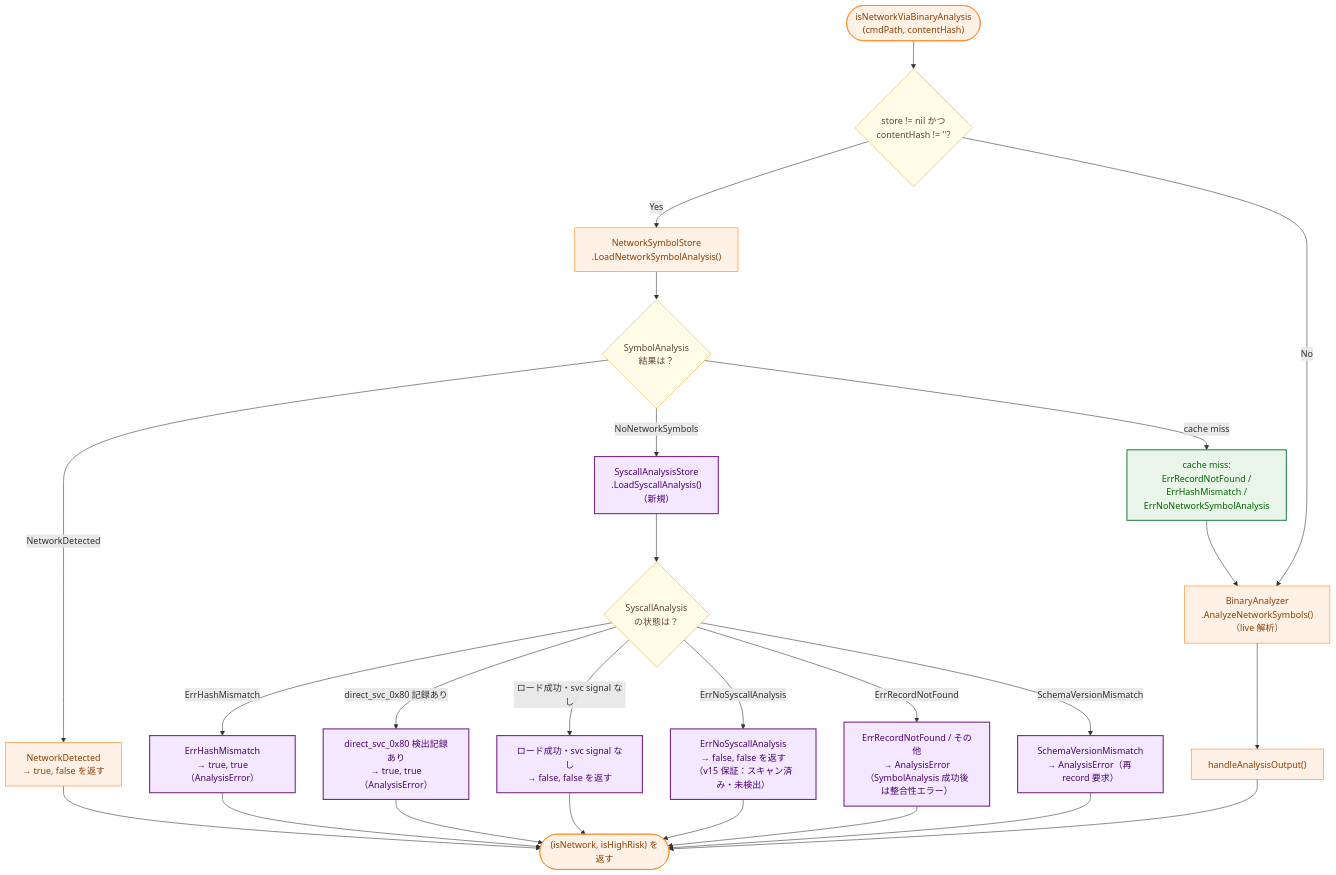
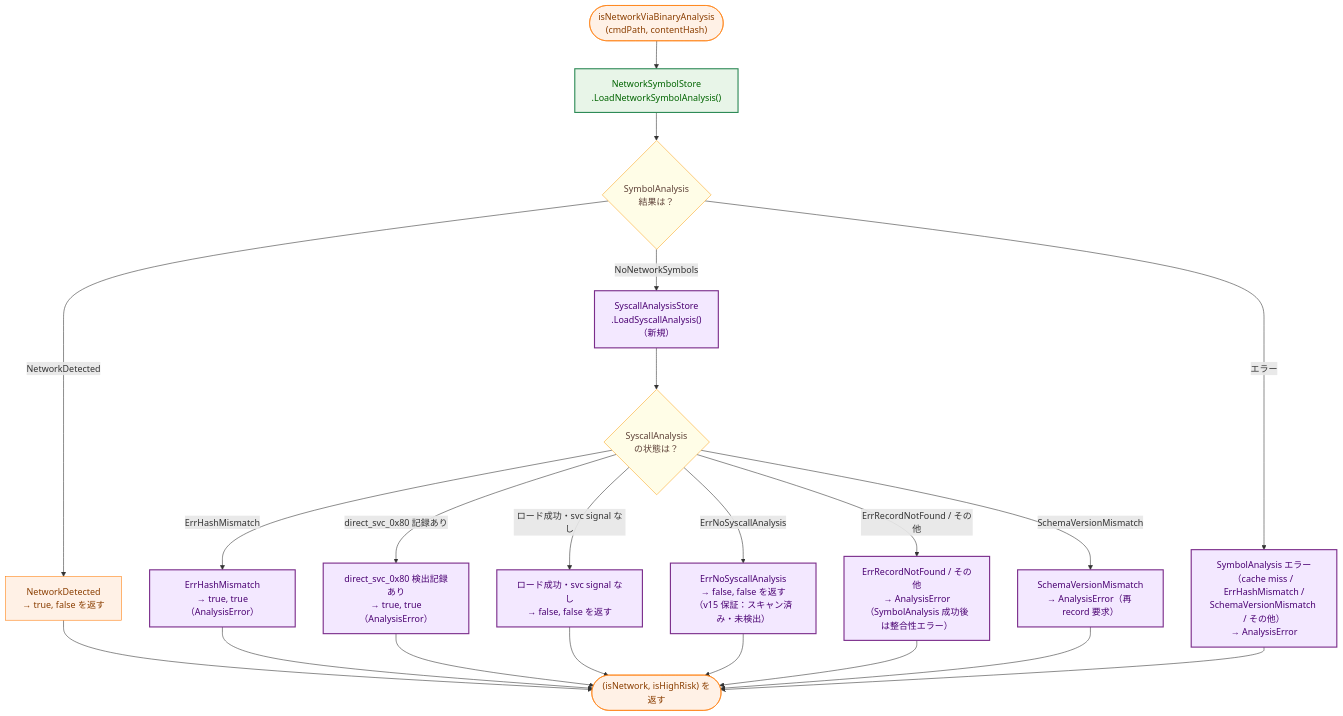
One commit to isseis/go-safe-cmd-runner changed the sixth of 8 diagrams in docs/tasks/0097_macho_arm64_syscall_analysis/02_architecture.md. Above: the diagram before and after it, drawn with Mermaid. The commit also changed other lines of this file and 3 other files, not shown here.

First line of the commit message:
docs(0097): Require complete removal of live analysis code from isNetworkViaBinaryAnalysis

````diff
--- a/docs/tasks/0097_macho_arm64_syscall_analysis/02_architecture.md
+++ b/docs/tasks/0097_macho_arm64_syscall_analysis/02_architecture.md
@@ -279,58 +276,50 @@
 ```mermaid
 flowchart TD
     classDef data fill:#e6f7ff,stroke:#1f77b4,stroke-width:1px,color:#0b3d91;
     classDef process fill:#fff1e6,stroke:#ff7f0e,stroke-width:1px,color:#8a3e00;
     classDef enhanced fill:#e8f5e8,stroke:#2e8b57,stroke-width:2px,color:#006400;
     classDef new fill:#f3e8ff,stroke:#7b2d8b,stroke-width:2px,color:#4a0072;
     classDef decision fill:#fffde7,stroke:#f9a825,stroke-width:1px,color:#5d4037;
 
     START(["isNetworkViaBinaryAnalysis<br/>(cmdPath, contentHash)"])
-    CHECK_STORE{"store != nil かつ<br>contentHash != ''?"}
     LOAD_SYM["NetworkSymbolStore<br>.LoadNetworkSymbolAnalysis()"]
     CHECK_SYM{"SymbolAnalysis<br>結果は？"}
     SYM_NET["NetworkDetected<br>→ true, false を返す"]
     LOAD_SVC["SyscallAnalysisStore<br>.LoadSyscallAnalysis()<br>（新規）"]
     CHECK_SVC_RESULT{"SyscallAnalysis<br>の状態は？"}
     SVC_HASH_ERR["ErrHashMismatch<br>→ true, true（AnalysisError）"]
     SVC_HIT["direct_svc_0x80 検出記録あり<br>→ true, true（AnalysisError）"]
     SVC_SAFE["ロード成功・svc signal なし<br>→ false, false を返す"]
     SVC_ERR["ErrNoSyscallAnalysis<br>→ false, false を返す<br>（v15 保証：スキャン済み・未検出）"]
     SVC_NOT_FOUND["ErrRecordNotFound / その他<br>→ AnalysisError<br>（SymbolAnalysis 成功後は整合性エラー）"]
     SVC_SCHEMA["SchemaVersionMismatch<br>→ AnalysisError（再 record 要求）"]
-    SYM_FALLBACK["cache miss:<br>ErrRecordNotFound /<br>ErrHashMismatch /<br>ErrNoNetworkSymbolAnalysis"]
-    FALLBACK["BinaryAnalyzer<br>.AnalyzeNetworkSymbols()<br>（live 解析）"]
-    HANDLE["handleAnalysisOutput()"]
+    SYM_ERR["SymbolAnalysis エラー<br>（cache miss / ErrHashMismatch /<br>SchemaVersionMismatch / その他）<br>→ AnalysisError"]
     RETURN(["(isNetwork, isHighRisk) を返す"])
 
-    START --> CHECK_STORE
-    CHECK_STORE -->|"Yes"| LOAD_SYM
-    CHECK_STORE -->|"No"| FALLBACK
+    START --> LOAD_SYM
     LOAD_SYM --> CHECK_SYM
     CHECK_SYM -->|"NetworkDetected"| SYM_NET
     CHECK_SYM -->|"NoNetworkSymbols"| LOAD_SVC
-    CHECK_SYM -->|"cache miss"| SYM_FALLBACK
+    CHECK_SYM -->|"エラー"| SYM_ERR
     LOAD_SVC --> CHECK_SVC_RESULT
     CHECK_SVC_RESULT -->|"ErrHashMismatch"| SVC_HASH_ERR
     CHECK_SVC_RESULT -->|"direct_svc_0x80 記録あり"| SVC_HIT
     CHECK_SVC_RESULT -->|"ロード成功・svc signal なし"| SVC_SAFE
     CHECK_SVC_RESULT -->|"ErrNoSyscallAnalysis"| SVC_ERR
-    CHECK_SVC_RESULT -->|"ErrRecordNotFound"| SVC_NOT_FOUND
+    CHECK_SVC_RESULT -->|"ErrRecordNotFound / その他"| SVC_NOT_FOUND
     CHECK_SVC_RESULT -->|"SchemaVersionMismatch"| SVC_SCHEMA
-    SYM_FALLBACK --> FALLBACK
+    SYM_ERR --> RETURN
     SVC_NOT_FOUND --> RETURN
     SVC_ERR --> RETURN
     SVC_SCHEMA --> RETURN
-    FALLBACK --> HANDLE
-    HANDLE --> RETURN
     SYM_NET --> RETURN
     SVC_HASH_ERR --> RETURN
     SVC_HIT --> RETURN
     SVC_SAFE --> RETURN
 
-    class START,RETURN process;
-    class LOAD_SYM,HANDLE,FALLBACK,SYM_NET process;
-    class CHECK_STORE,CHECK_SYM,CHECK_SVC_RESULT decision;
+    class START,RETURN,SYM_NET process;
+    class CHECK_SYM,CHECK_SVC_RESULT decision;
+    class LOAD_SYM enhanced;
     class LOAD_SVC new;
-    class SVC_HIT,SVC_HASH_ERR,SVC_SAFE,SVC_ERR,SVC_NOT_FOUND,SVC_SCHEMA new;
-    class SYM_FALLBACK enhanced;
+    class SVC_HIT,SVC_HASH_ERR,SVC_SAFE,SVC_ERR,SVC_NOT_FOUND,SVC_SCHEMA,SYM_ERR new;
 ```
````
